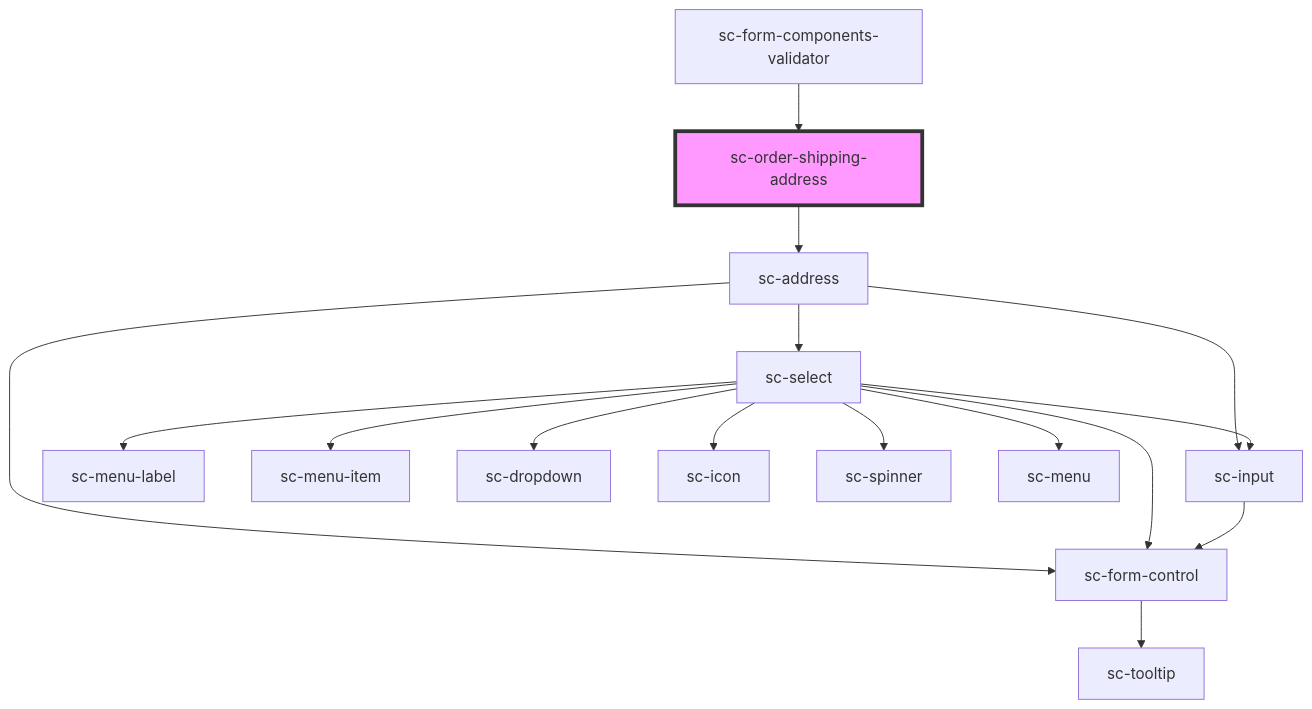
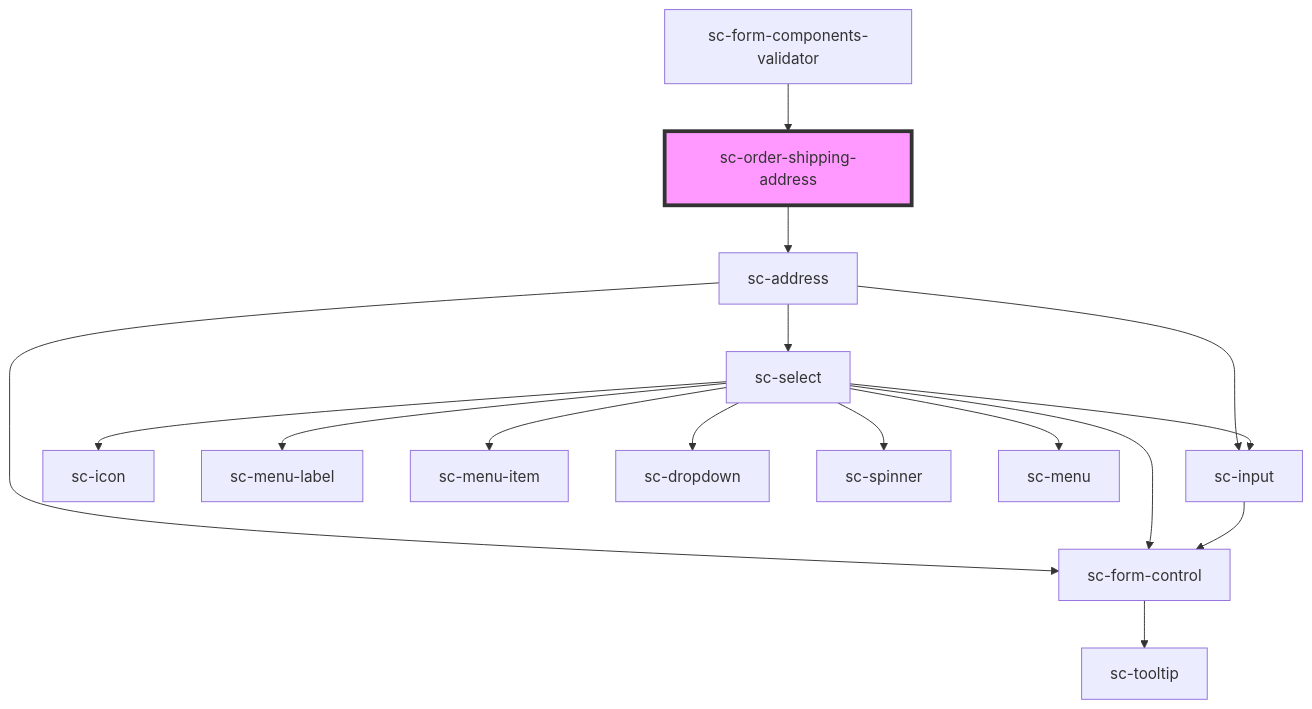
One commit to surecart/surecart-wp-plugin changed the diagram in packages/components/src/components/controllers/checkout-form/order-shipping-address/readme.md. Above: the diagram before and after it, drawn with Mermaid. The commit also changed other lines of this file and 14 other files, not shown here.

````diff
--- a/packages/components/src/components/controllers/checkout-form/order-shipping-address/readme.md
+++ b/packages/components/src/components/controllers/checkout-form/order-shipping-address/readme.md
@@ -38,19 +38,19 @@
 ```mermaid
 graph TD;
   sc-order-shipping-address --> sc-address
   sc-address --> sc-form-control
   sc-address --> sc-select
   sc-address --> sc-input
   sc-form-control --> sc-tooltip
+  sc-select --> sc-icon
   sc-select --> sc-menu-label
   sc-select --> sc-menu-item
   sc-select --> sc-form-control
   sc-select --> sc-dropdown
-  sc-select --> sc-icon
   sc-select --> sc-input
   sc-select --> sc-spinner
   sc-select --> sc-menu
   sc-input --> sc-form-control
   sc-form-components-validator --> sc-order-shipping-address
   style sc-order-shipping-address fill:#f9f,stroke:#333,stroke-width:4px
 ```
````
